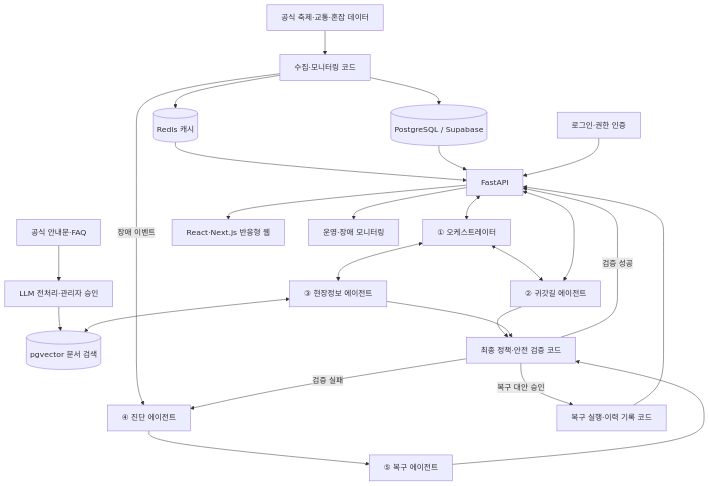
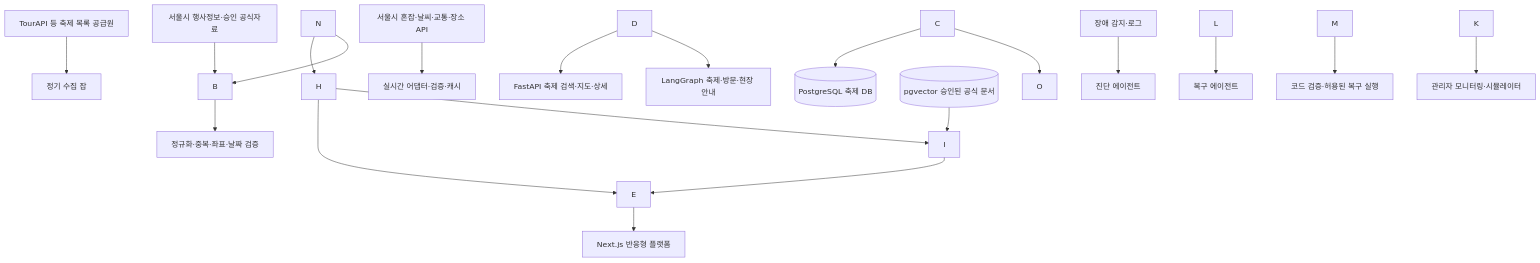
Before and after one commit to yubeenjjang/Final3team: the first of 5 diagrams in Docs/Step 1/놀다가_기획서.md, drawn with Mermaid. The commit also changed other lines of this file and 1 other file, not shown here.

````diff
--- a/Docs/Step 1/놀다가_기획서.md
+++ b/Docs/Step 1/놀다가_기획서.md
@@ -837,27 +547,22 @@
 ```mermaid
-flowchart TB
-    SRC[공식 축제·교통·혼잡 데이터] --> COL[수집·모니터링 코드]
-    DOC[공식 안내문·FAQ] --> PRE[LLM 전처리·관리자 승인]
-    COL --> CACHE[(Redis 캐시)]
-    COL --> DB[(PostgreSQL / Supabase)]
-    PRE --> RAG[(pgvector 문서 검색)]
-    CACHE --> API[FastAPI]
-    DB --> API
-    AUTH[로그인·권한 인증] --> API
-    API <--> O[① 오케스트레이터]
-    O <--> F[③ 현장정보 에이전트]
-    O <--> R[② 귀갓길 에이전트]
-    F <--> RAG
-    R <--> API
-    COL -->|장애 이벤트| D[④ 진단 에이전트]
-    R --> CHECK[최종 정책·안전 검증 코드]
-    F --> CHECK
-    CHECK -->|검증 성공| API
-    CHECK -->|검증 실패| D
-    D --> H[⑤ 복구 에이전트]
-    H --> CHECK
-    CHECK -->|복구 대안 승인| EXEC[복구 실행·이력 기록 코드]
-    EXEC --> API
-    API --> WEB[React·Next.js 반응형 웹]
-    API --> ADMIN[운영·장애 모니터링]
+flowchart TD
+  A\[TourAPI 등 축제 목록 공급원] --> B\[정기 수집 잡]
+  A2\[서울시 행사정보·승인 공식자료] --> B
+  B --> C\[정규화·중복·좌표·날짜 검증]
+  C --> D\[(PostgreSQL 축제 DB)]
+  D --> E\[FastAPI 축제 검색·지도·상세]
+  E --> F\[Next.js 반응형 플랫폼]
+  G\[서울시 혼잡·날씨·교통·장소 API] --> H\[실시간 어댑터·검증·캐시]
+  H --> E
+  D --> I\[LangGraph 축제·방문·현장 안내]
+  H --> I
+  J\[(pgvector 승인된 공식 문서)] --> I
+  I --> E
+  K\[장애 감지·로그] --> L\[진단 에이전트]
+  L --> M\[복구 에이전트]
+  M --> N\[코드 검증·허용된 복구 실행]
+  N --> H
+  N --> B
+  K --> O\[관리자 모니터링·시뮬레이터]
+  C --> O
 ```
````
